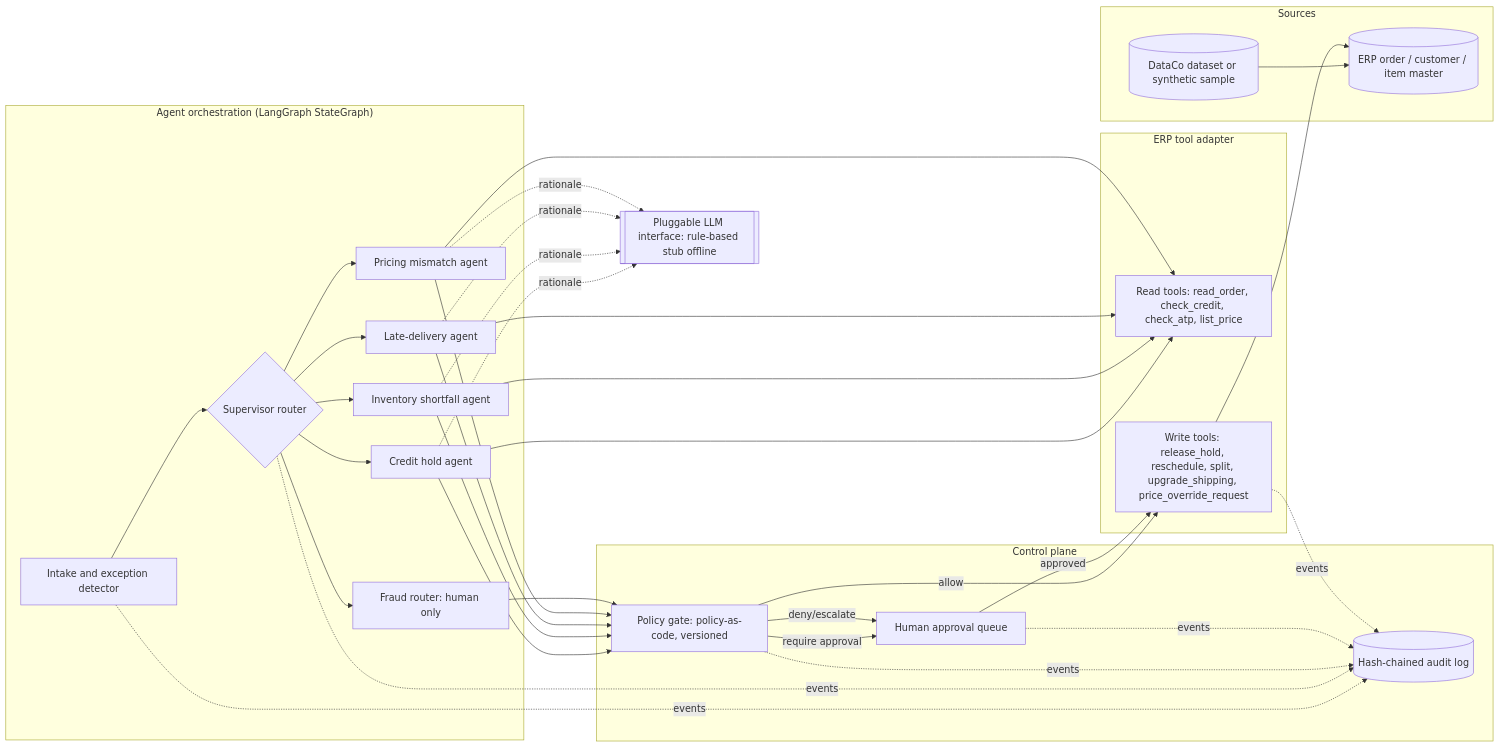
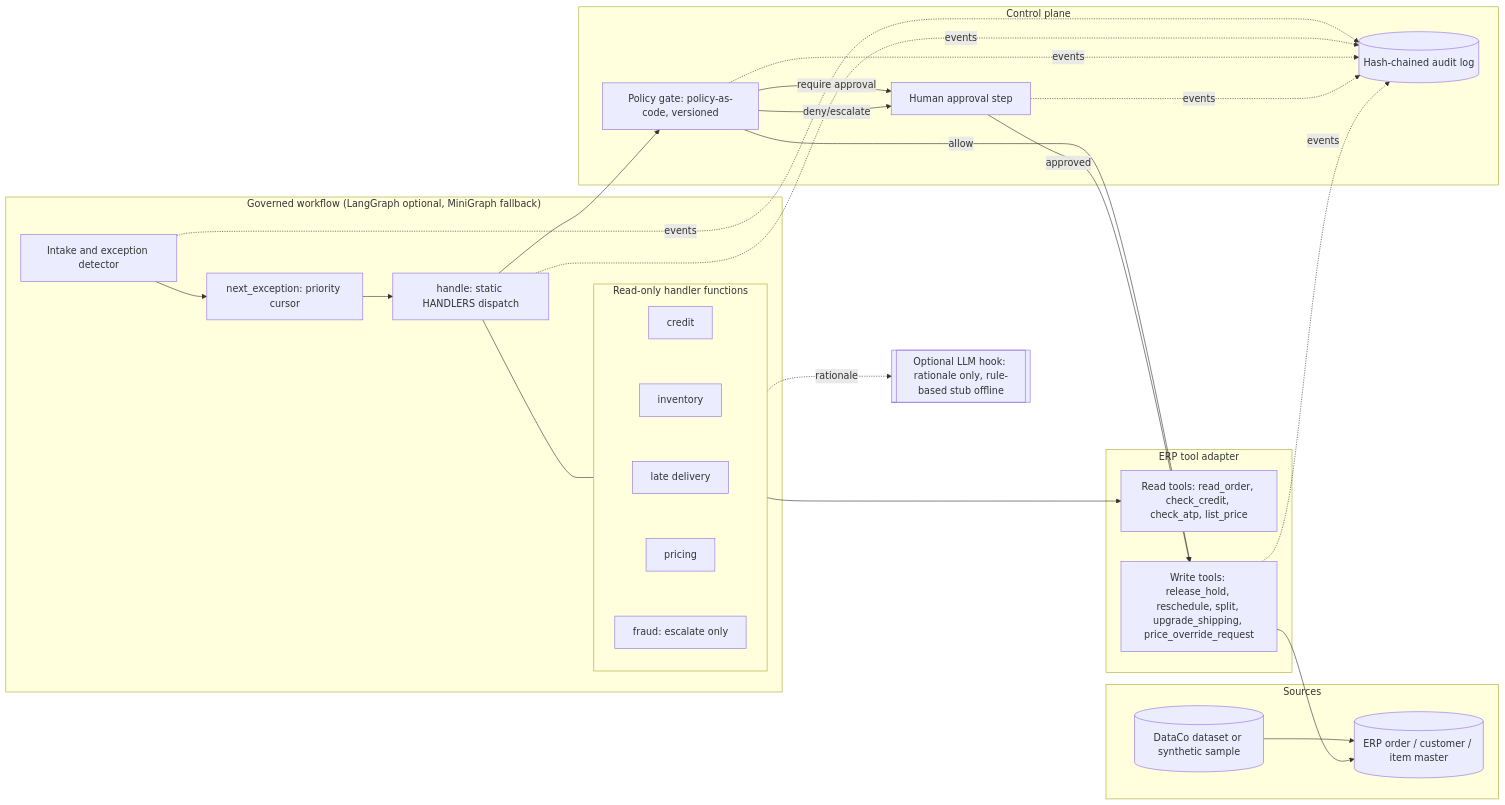
One commit to padmanpisupati/order-exception-agents changed the diagram in docs/diagrams/component.md. Above: the diagram before and after it, drawn with Mermaid. The commit also changed 19 other files, not shown here.

First line of the commit message:
Refactor: replace multi-agent framing with governed workflow

````diff
--- a/docs/diagrams/component.md
+++ b/docs/diagrams/component.md
@@ -3,34 +3,34 @@
 ```mermaid
 flowchart LR
   subgraph Sources
     ERPR[(ERP order / customer / item master)]
     DS[(DataCo dataset or synthetic sample)]
   end
-  subgraph Orchestration["Agent orchestration (LangGraph StateGraph)"]
-    IN[Intake and exception detector] --> SUP{Supervisor router}
-    SUP --> CA[Credit hold agent]
-    SUP --> IA[Inventory shortfall agent]
-    SUP --> LA[Late-delivery agent]
-    SUP --> PA[Pricing mismatch agent]
-    SUP --> FR[Fraud router: human only]
+  subgraph Workflow["Governed workflow (LangGraph optional, MiniGraph fallback)"]
+    IN[Intake and exception detector] --> NX[next_exception: priority cursor]
+    NX --> HD[handle: static HANDLERS dispatch]
+    subgraph Handlers["Read-only handler functions"]
+      CH[credit] ~~~ IH[inventory] ~~~ LH[late delivery] ~~~ PH[pricing] ~~~ FH[fraud: escalate only]
+    end
+    HD --- Handlers
   end
   subgraph Control["Control plane"]
     PG[Policy gate: policy-as-code, versioned]
-    HITL[Human approval queue]
+    HITL[Human approval step]
     AUD[(Hash-chained audit log)]
   end
   subgraph Tools["ERP tool adapter"]
     RT[Read tools: read_order, check_credit, check_atp, list_price]
     WT[Write tools: release_hold, reschedule, split, upgrade_shipping, price_override_request]
   end
-  LLM[[Pluggable LLM interface: rule-based stub offline]]
+  LLM[[Optional LLM hook: rationale only, rule-based stub offline]]
   DS --> ERPR
-  CA & IA & LA & PA --> RT
-  CA & IA & LA & PA -.rationale.-> LLM
-  CA & IA & LA & PA & FR --> PG
+  Handlers --> RT
+  Handlers -.rationale.-> LLM
+  HD --> PG
   PG -- allow --> WT
   PG -- require approval --> HITL -- approved --> WT
   PG -- deny/escalate --> HITL
   WT --> ERPR
-  IN & SUP & PG & HITL & WT -.events.-> AUD
+  IN & HD & PG & HITL & WT -.events.-> AUD
 ```
````
